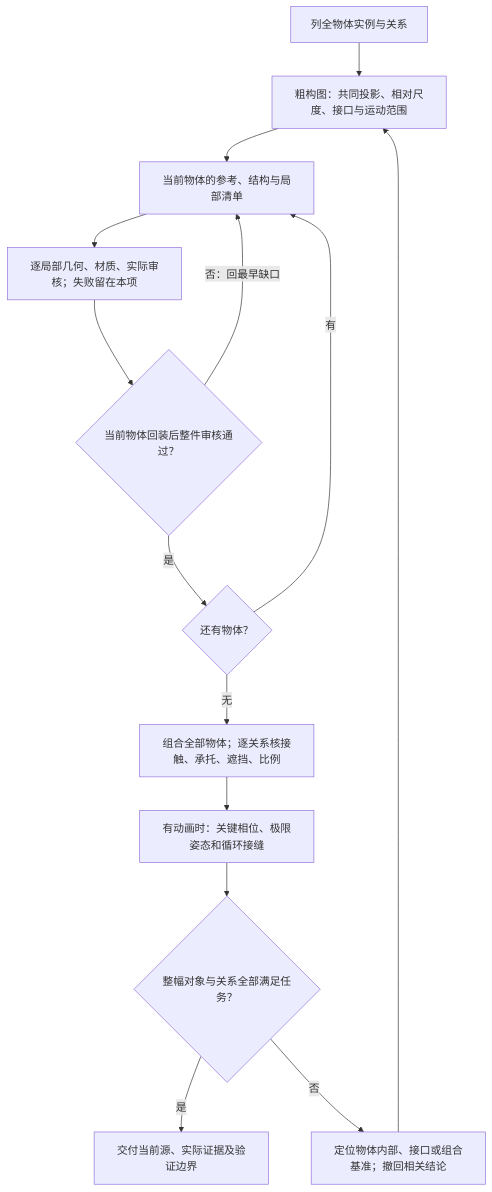
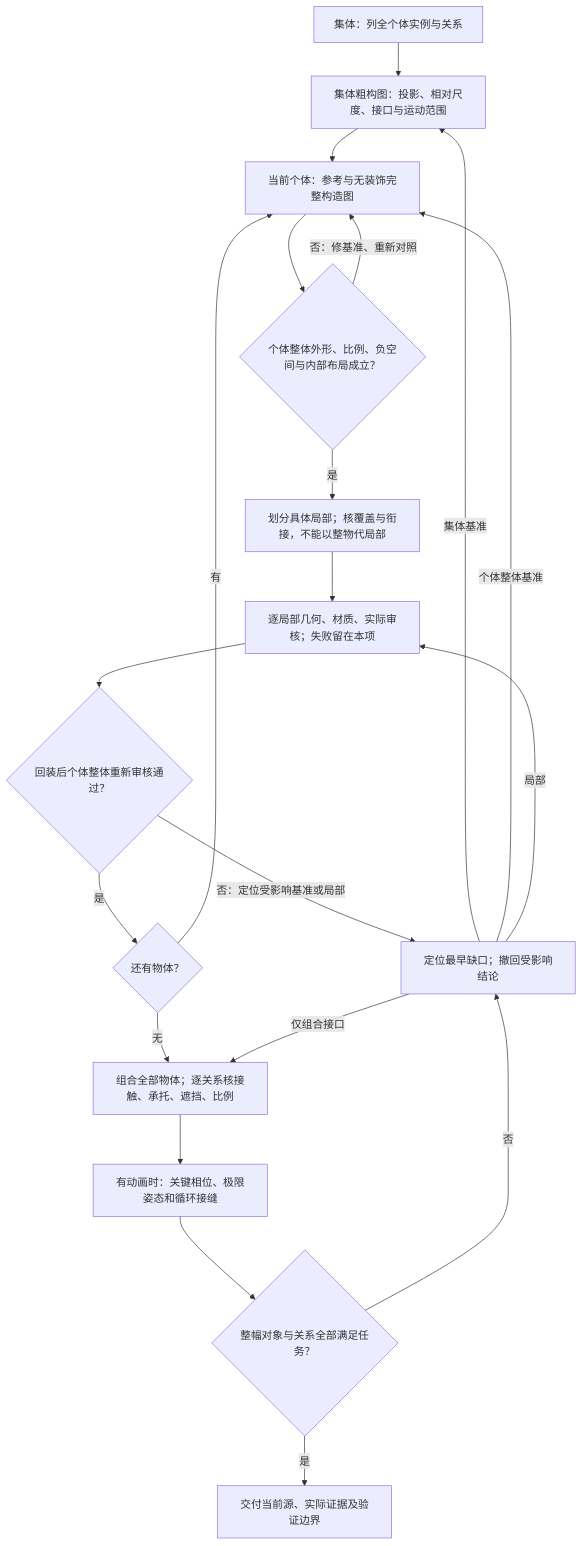
Before and after one commit to youchibuwan-ops/agent-workflow-skills: the second of 2 diagrams in docs/svg-workflow.md, drawn with Mermaid. The commit also changed other lines of this file and 4 other files, not shown here.

````diff
--- a/docs/svg-workflow.md
+++ b/docs/svg-workflow.md
@@ -50,16 +53,22 @@
 ```mermaid
 flowchart TD
-    O["列全物体实例与关系"] --> B["粗构图：共同投影、相对尺度、接口与运动范围"]
-    B --> R["当前物体的参考、结构与局部清单"]
-    R --> P["逐局部几何、材质、实际审核；失败留在本项"]
-    P --> W{"当前物体回装后整件审核通过？"}
-    W -- "否：回最早缺口" --> R
+    O["集体：列全个体实例与关系"] --> B["集体粗构图：投影、相对尺度、接口与运动范围"]
+    B --> R["当前个体：参考与无装饰完整构造图"]
+    R --> G{"个体整体外形、比例、负空间与内部布局成立？"}
+    G -- "否：修基准、重新对照" --> R
+    G -- "是" --> L["划分具体局部；核覆盖与衔接，不能以整物代局部"]
+    L --> P["逐局部几何、材质、实际审核；失败留在本项"]
+    P --> W{"回装后个体整体重新审核通过？"}
+    W -- "否：定位受影响基准或局部" --> E
     W -- "是" --> N{"还有物体？"}
     N -- "有" --> R
     N -- "无" --> A["组合全部物体；逐关系核接触、承托、遮挡、比例"]
     A --> M["有动画时：关键相位、极限姿态和循环接缝"]
     M --> F{"整幅对象与关系全部满足任务？"}
     F -- "是" --> D["交付当前源、实际证据及验证边界"]
-    F -- "否" --> E["定位物体内部、接口或组合基准；撤回相关结论"]
-    E --> B
+    F -- "否" --> E["定位最早缺口；撤回受影响结论"]
+    E -- "集体基准" --> B
+    E -- "个体整体基准" --> R
+    E -- "局部" --> P
+    E -- "仅组合接口" --> A
 ```
````
